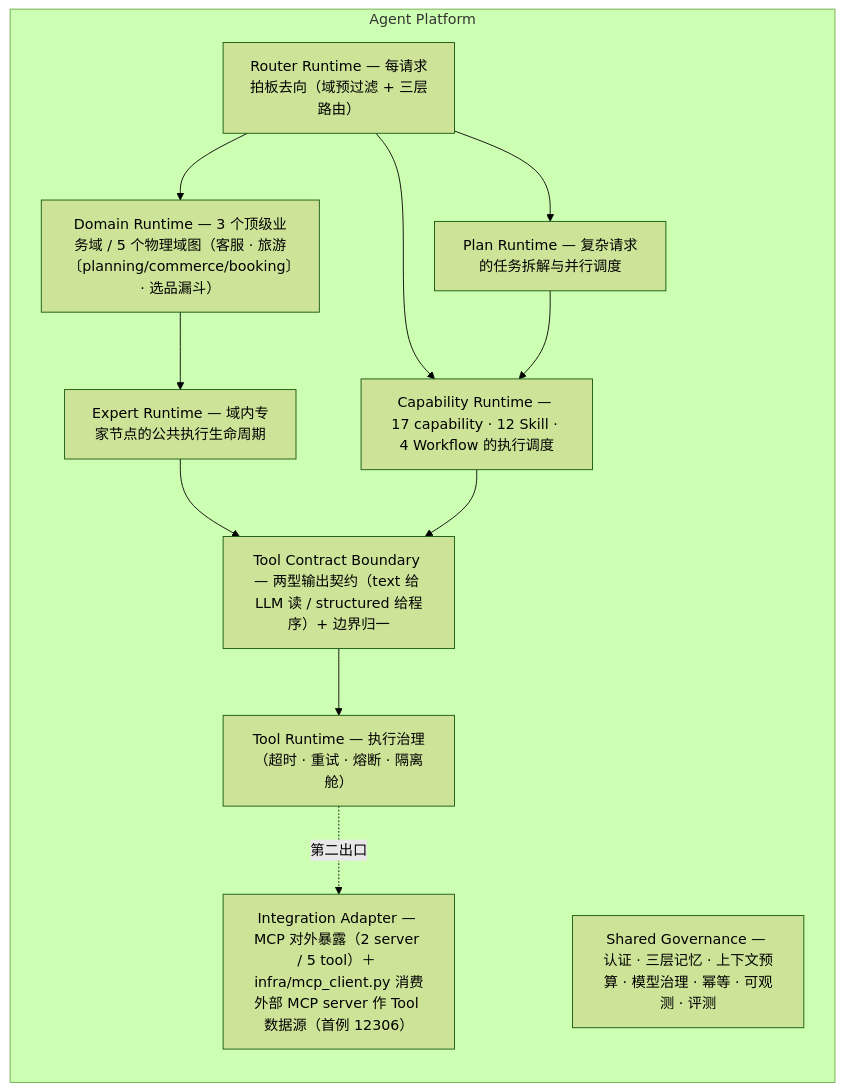
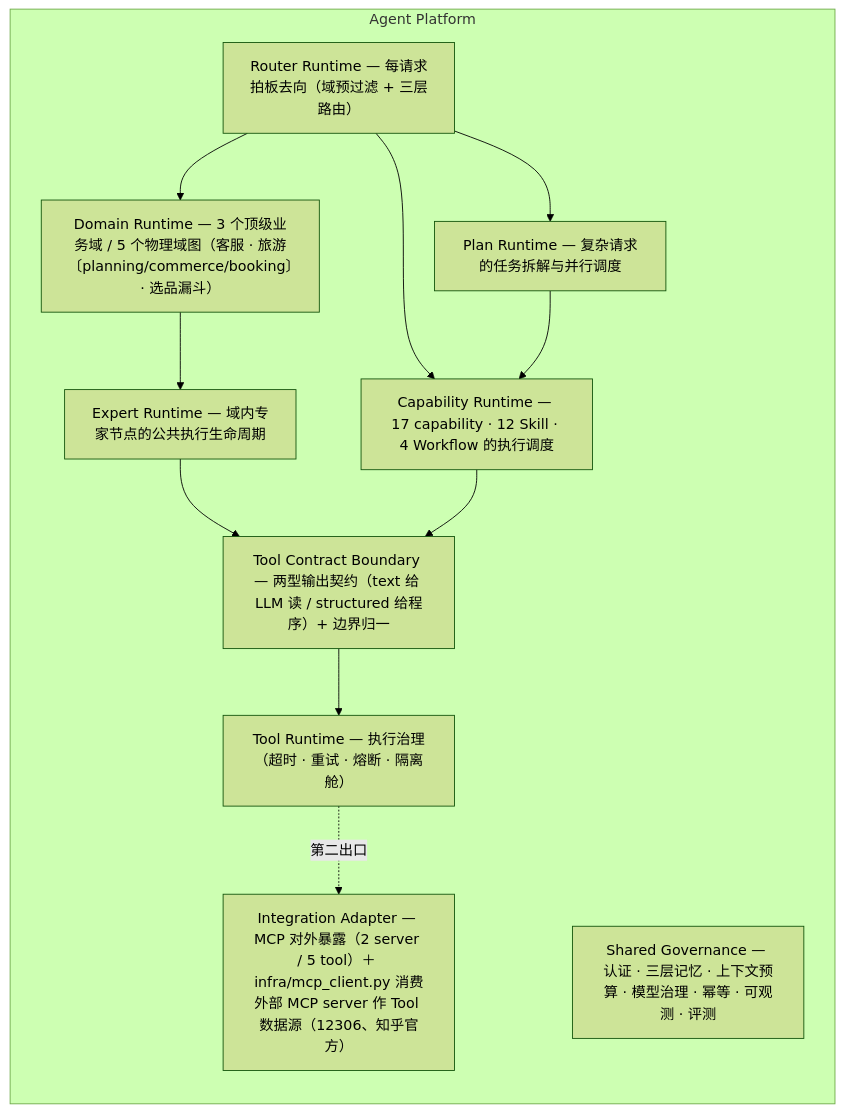
Before and after one commit to Jayus-07/agent: the third of 3 diagrams in README.md, drawn with Mermaid (forest theme). The commit also changed other lines of this file and 286 other files, not shown here.

````diff
--- a/README.md
+++ b/README.md
@@ -113,21 +113,21 @@
 ```mermaid
 flowchart TB
     subgraph PLATFORM["Agent Platform"]
         direction TB
         RR["Router Runtime — 每请求拍板去向（域预过滤 + 三层路由）"]
         DR["Domain Runtime — 3 个顶级业务域 / 5 个物理域图（客服 · 旅游〔planning/commerce/booking〕· 选品漏斗）"]
         CR["Capability Runtime — 17 capability · 12 Skill · 4 Workflow 的执行调度"]
         PR["Plan Runtime — 复杂请求的任务拆解与并行调度"]
         ER["Expert Runtime — 域内专家节点的公共执行生命周期"]
         TCB["Tool Contract Boundary — 两型输出契约（text 给 LLM 读 / structured 给程序）+ 边界归一"]
         TR["Tool Runtime — 执行治理（超时 · 重试 · 熔断 · 隔离舱）"]
-        MCP["Integration Adapter — MCP 对外暴露（2 server / 5 tool）＋ infra/mcp_client.py 消费外部 MCP server 作 Tool 数据源（首例 12306）"]
+        MCP["Integration Adapter — MCP 对外暴露（2 server / 5 tool）＋ infra/mcp_client.py 消费外部 MCP server 作 Tool 数据源（12306、知乎官方）"]
         GOV["Shared Governance — 认证 · 三层记忆 · 上下文预算 · 模型治理 · 幂等 · 可观测 · 评测"]
         RR --> DR
         RR --> CR
         RR --> PR --> CR
         DR --> ER --> TCB
         CR --> TCB --> TR
         TR -.->|"第二出口"| MCP
     end
 ```
````
